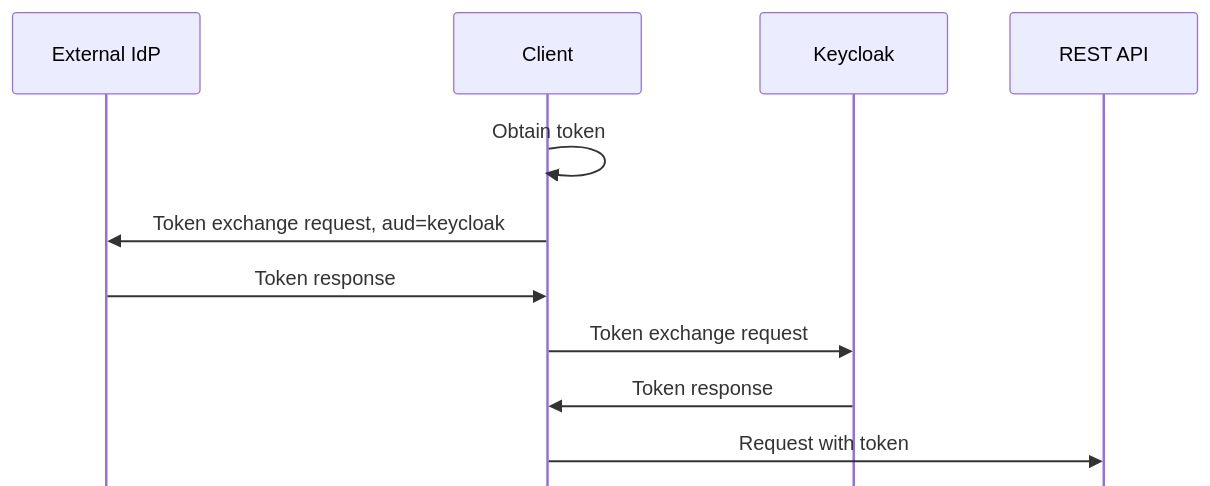
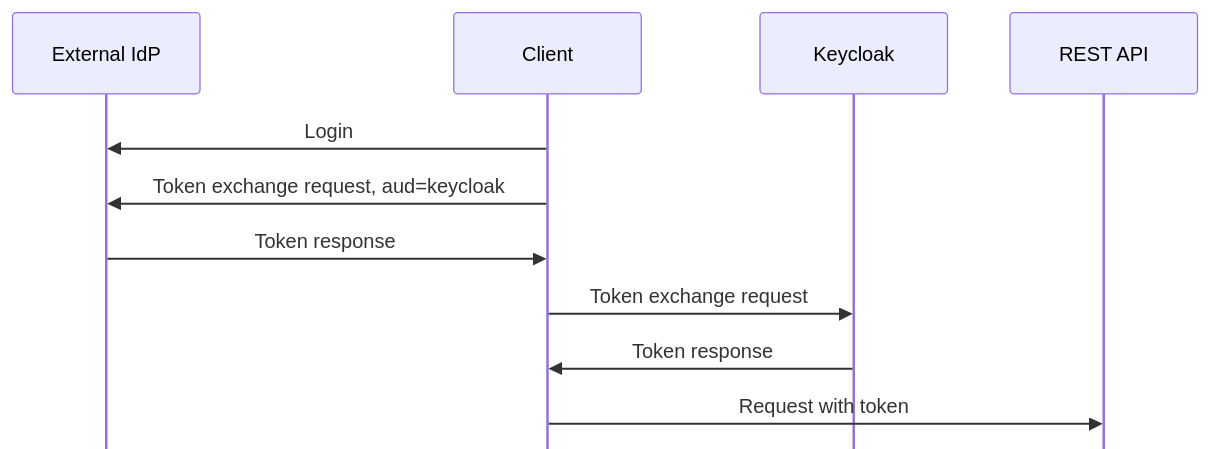
The fifth of 5 diagrams in seq/assertions.md (stianst/playground), drawn with Mermaid before and after one commit.

Commit message:
Update token acquisition flow in assertions.md

````diff
--- a/seq/assertions.md
+++ b/seq/assertions.md
@@ -84,17 +84,17 @@
 ```mermaid
 ---
 config:
     mirrorActors: false
 ---
 sequenceDiagram
     participant IDPA as External IdP
     participant C as Client
     participant IDPB as Keycloak
     participant RS as REST API
-    C->>C: Obtain token
+    C->>IDPA: Login
     C->>IDPA: Token exchange request, aud=keycloak
     IDPA->>C: Token response
     C->>IDPB: Token exchange request
     IDPB->>C: Token response
     C->>RS: Request with token
 ```
````
